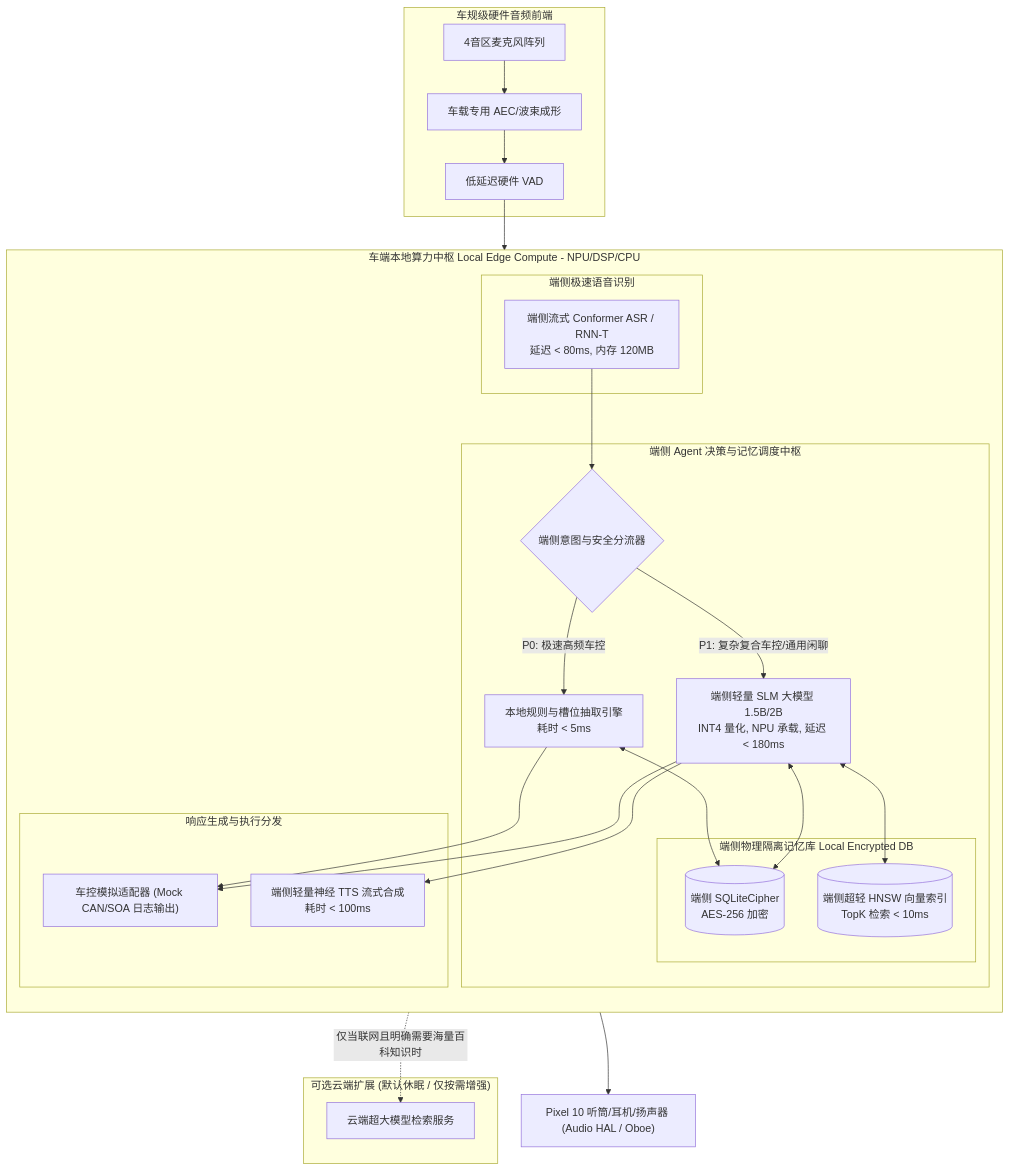
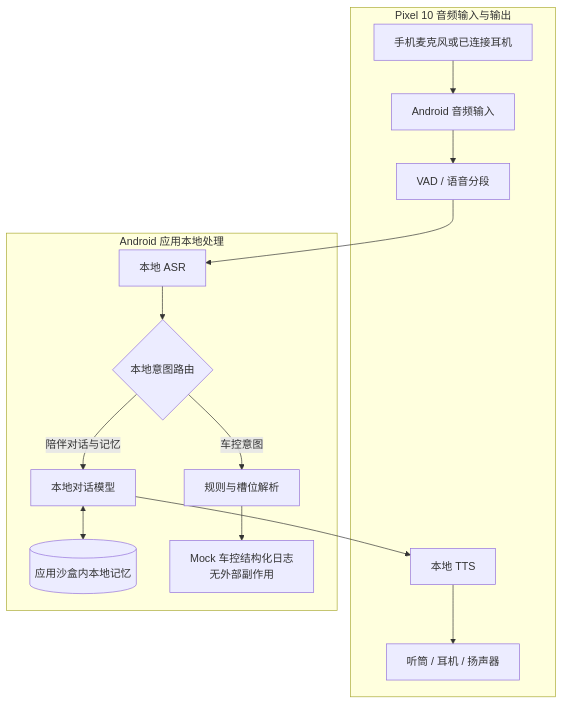
Before and after one commit to feixiao/ai-native-pm: the diagram in docs/prd/PRD_AI_AUDIO_AGENT_v1.0.md, drawn with Mermaid. The commit also changed other lines of this file and 9 other files, not shown here.

Commit message:
feat(pm-handbook): add chapter 06 product boundaries and decouple audio agent PRD/design specs

````diff
--- a/docs/prd/PRD_AI_AUDIO_AGENT_v1.0.md
+++ b/docs/prd/PRD_AI_AUDIO_AGENT_v1.0.md
@@ -44,43 +53,15 @@
 ```mermaid
 flowchart TD
-    subgraph CockpitAudioFront ["车规级硬件音频前端"]
-        MIC["4音区麦克风阵列"] --> AEC_BF["车载专用 AEC/波束成形"]
-        AEC_BF --> VAD["低延迟硬件 VAD"]
+    subgraph PhoneAudio ["Pixel 10 音频输入与输出"]
+        MIC["手机麦克风或已连接耳机"] --> AUDIO_IN["Android 音频输入"] --> VAD["VAD / 语音分段"]
+        TTS["本地 TTS"] --> AUDIO_OUT["听筒 / 耳机 / 扬声器"]
     end
-
-    subgraph EdgeComputeEngine ["车端本地算力中枢 Local Edge Compute - NPU/DSP/CPU"]
-        direction TB
-        
-        subgraph Stage1_ASR ["端侧极速语音识别"]
-            VAD --> FAST_ASR["端侧流式 Conformer ASR / RNN-T<br/>延迟 < 80ms, 内存 120MB"]
-        end
-
-        subgraph Stage2_Orchestrator ["端侧 Agent 决策与记忆调度中枢"]
-            FAST_ASR --> DUAL_ROUTER{"端侧意图与安全分流器"}
-            
-            DUAL_ROUTER -->|P0: 极速高频车控| RULE_ENGINE["本地规则与槽位抽取引擎<br/>耗时 < 5ms"]
-            DUAL_ROUTER -->|P1: 复杂复合车控/通用闲聊| EDGE_SLM["端侧轻量 SLM 大模型 1.5B/2B<br/>INT4 量化, NPU 承载, 延迟 < 180ms"]
-            
-            subgraph Edge_Memory ["端侧物理隔离记忆库 Local Encrypted DB"]
-                MEM_SQLITE[("端侧 SQLiteCipher<br/>AES-256 加密")]
-                MEM_VEC[("端侧超轻 HNSW 向量索引<br/>TopK 检索 < 10ms")]
-            end
-            
-            RULE_ENGINE <--> MEM_SQLITE
-            EDGE_SLM <--> MEM_VEC
-            EDGE_SLM <--> MEM_SQLITE
-        end
-
-        subgraph Stage3_Execution ["响应生成与执行分发"]
-            RULE_ENGINE --> CAN_SOA["车控模拟适配器 (Mock CAN/SOA 日志输出)"]
-            EDGE_SLM --> CAN_SOA
-            EDGE_SLM --> EDGE_TTS["端侧轻量神经 TTS 流式合成<br/>耗时 < 100ms"]
-        end
+    subgraph LocalPipeline ["Android 应用本地处理"]
+        VAD --> ASR["本地 ASR"] --> ROUTER{"本地意图路由"}
+        ROUTER -->|陪伴对话与记忆| LLM["本地对话模型"]
+        ROUTER -->|车控意图| PARSER["规则与槽位解析"]
+        LLM <--> MEMORY[("应用沙盒内本地记忆")]
+        LLM --> TTS
+        PARSER --> MOCK["Mock 车控结构化日志<br/>无外部副作用"]
     end
-
-    subgraph OptionalCloud ["可选云端扩展 (默认休眠 / 仅按需增强)"]
-        DUAL_ROUTER -.->|仅当联网且明确需要海量百科知识时| CLOUD_EXP[云端超大模型检索服务]
-    end
-
-    EDGE_TTS --> AUDIO_HAL["Pixel 10 听筒/耳机/扬声器 (Audio HAL / Oboe)"]
 ```
````
